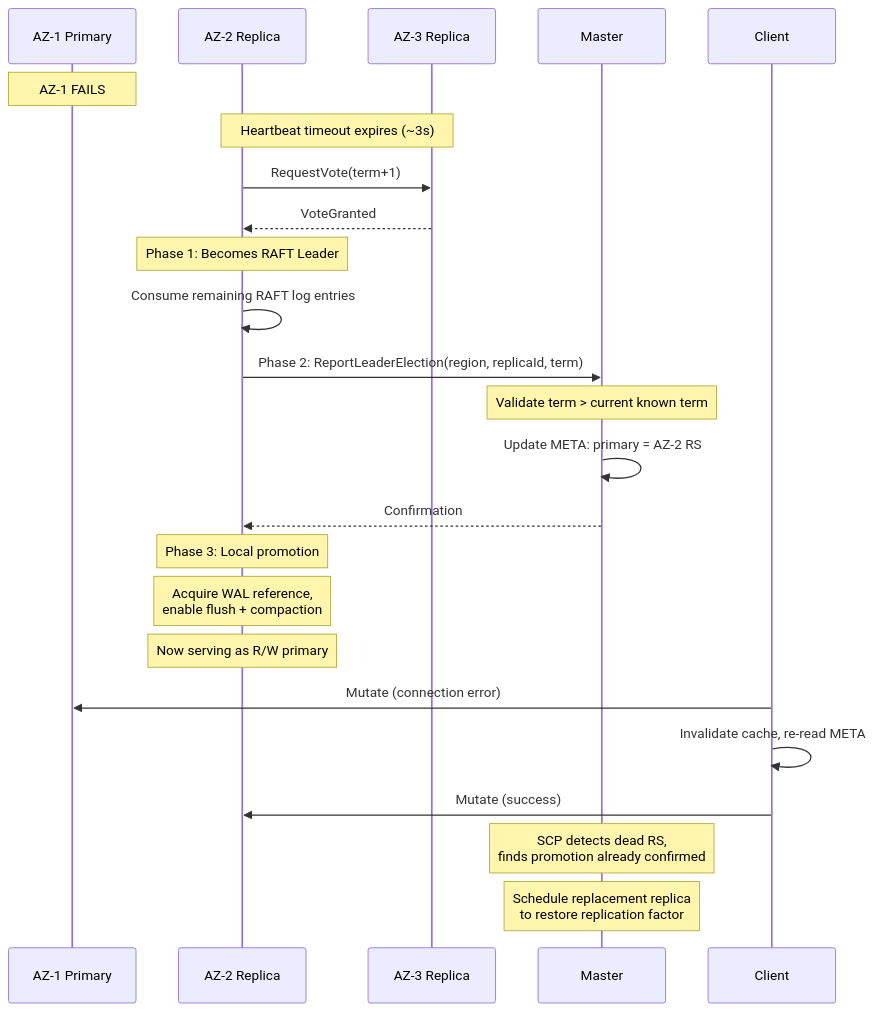
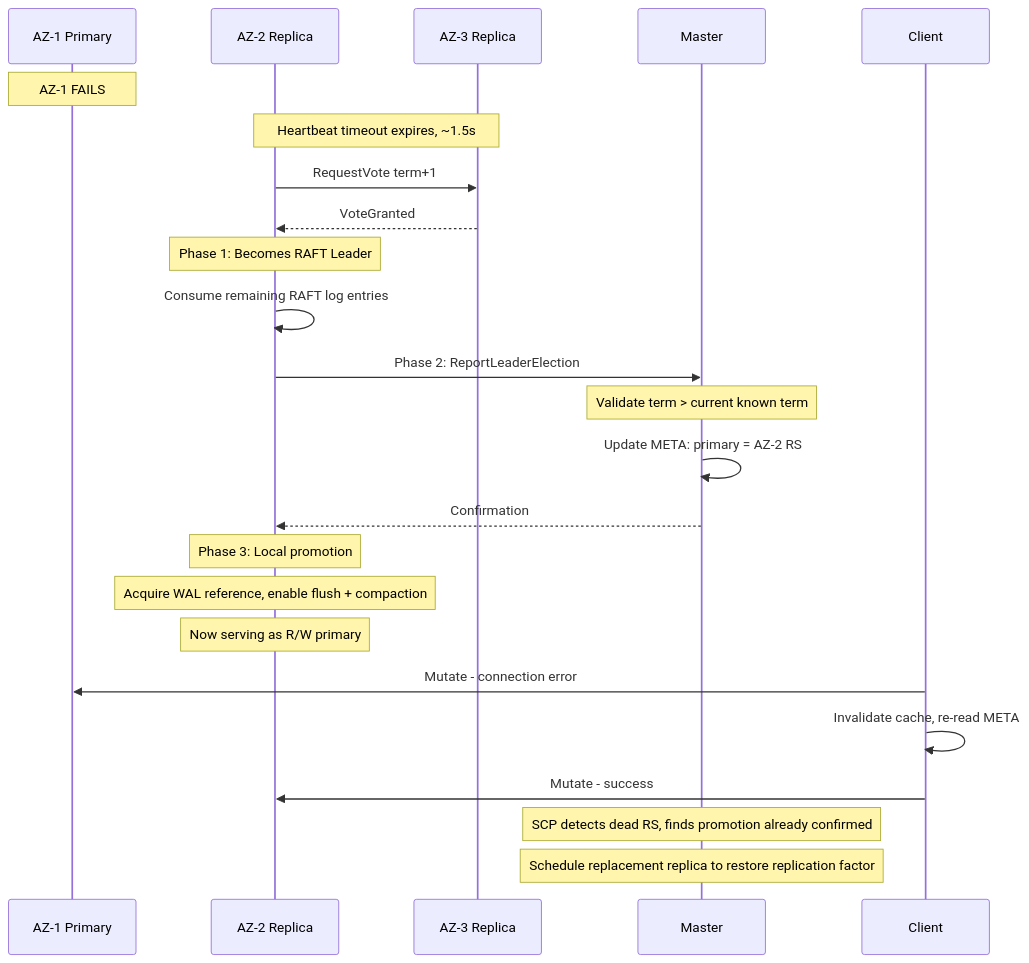
Before and after one commit to apurtell/hbase: diagram 12 of 16 in RAFT_REGION_REPLICAS.md, drawn with Mermaid. The commit also changed other lines of this file and 6 other files, not shown here.

Commit message:
TLA+ RaftRegionReplica: WIP (remove hibernation)

````diff
--- a/RAFT_REGION_REPLICAS.md
+++ b/RAFT_REGION_REPLICAS.md
@@ -858,34 +847,34 @@
 ```mermaid
 sequenceDiagram
     participant AZ1 as AZ-1 Primary
     participant AZ2 as AZ-2 Replica
     participant AZ3 as AZ-3 Replica
     participant M as Master
     participant C as Client
 
     Note over AZ1: AZ-1 FAILS
 
-    Note over AZ2,AZ3: Heartbeat timeout expires (~3s)
+    Note over AZ2,AZ3: Heartbeat timeout expires, ~1.5s
 
-    AZ2->>AZ3: RequestVote(term+1)
+    AZ2->>AZ3: RequestVote term+1
     AZ3-->>AZ2: VoteGranted
 
     Note over AZ2: Phase 1: Becomes RAFT Leader
     AZ2->>AZ2: Consume remaining RAFT log entries
 
-    AZ2->>M: Phase 2: ReportLeaderElection(region, replicaId, term)
+    AZ2->>M: Phase 2: ReportLeaderElection
     Note over M: Validate term > current known term
     M->>M: Update META: primary = AZ-2 RS
     M-->>AZ2: Confirmation
 
     Note over AZ2: Phase 3: Local promotion
-    Note over AZ2: Acquire WAL reference,<br/>enable flush + compaction
+    Note over AZ2: Acquire WAL reference, enable flush + compaction
     Note over AZ2: Now serving as R/W primary
 
-    C->>AZ1: Mutate (connection error)
+    C->>AZ1: Mutate - connection error
     C->>C: Invalidate cache, re-read META
-    C->>AZ2: Mutate (success)
+    C->>AZ2: Mutate - success
 
-    Note over M: SCP detects dead RS,<br/>finds promotion already confirmed
-    Note over M: Schedule replacement replica<br/>to restore replication factor
+    Note over M: SCP detects dead RS, finds promotion already confirmed
+    Note over M: Schedule replacement replica to restore replication factor
 ```
````
